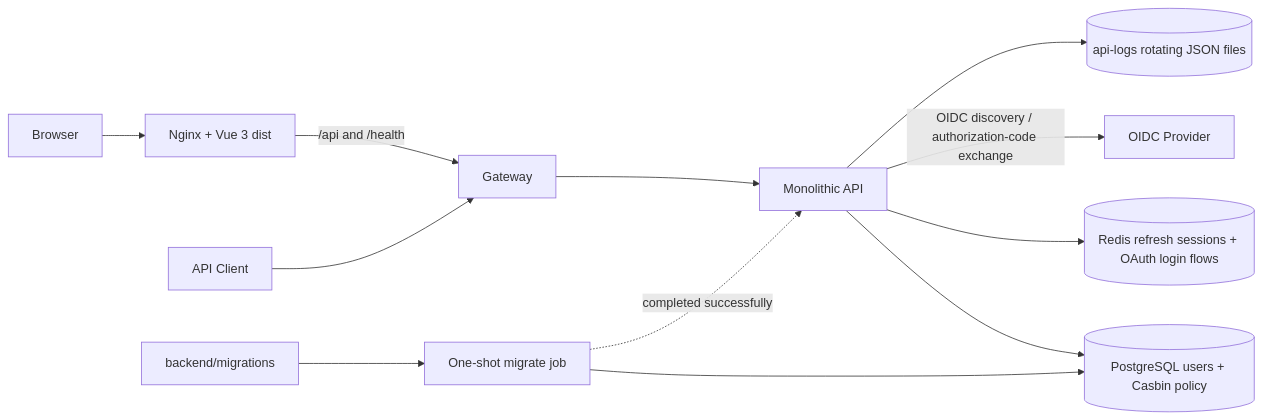
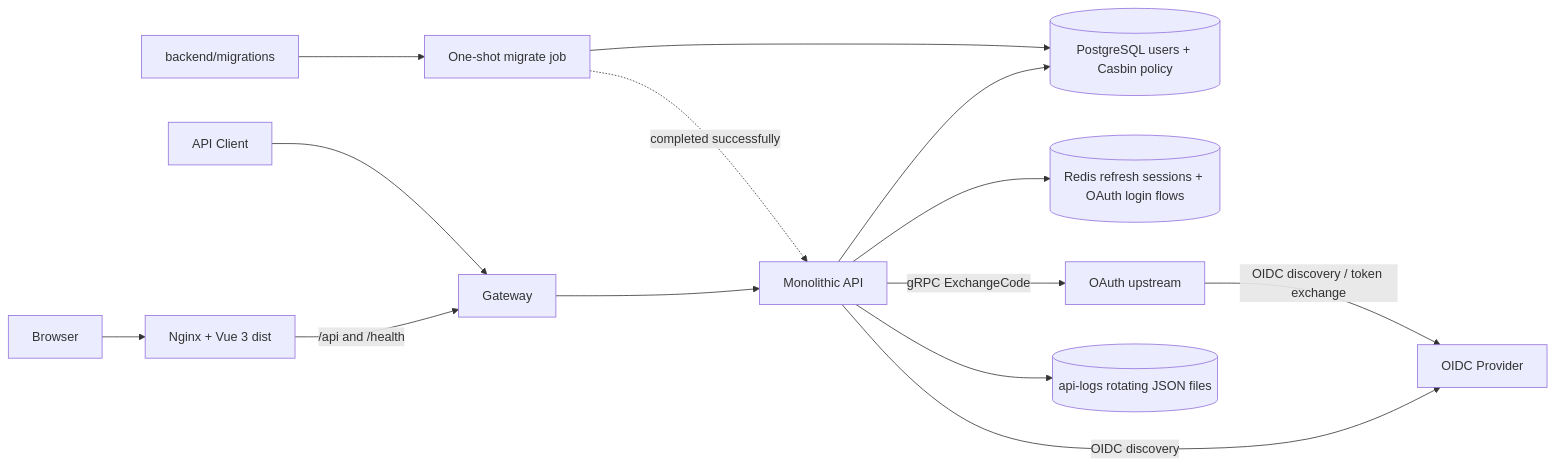
The first of 4 diagrams in ARCHITECTURE.md (DWHuang99/erent), drawn with Mermaid before and after one commit. The commit also changed other lines of this file and 38 other files, not shown here.

Commit message:
feat: route OAuth token exchange through upstream gRPC service

````diff
--- a/ARCHITECTURE.md
+++ b/ARCHITECTURE.md
@@ -7,14 +7,16 @@
 ```mermaid
 flowchart LR
     Browser[Browser] --> Web[Nginx + Vue 3 dist]
     Web -->|/api and /health| Gateway[Gateway]
     Client[API Client] --> Gateway
     Gateway --> API[Monolithic API]
     API --> PostgreSQL[(PostgreSQL users + Casbin policy)]
     API --> Redis[(Redis refresh sessions + OAuth login flows)]
-    API -->|OIDC discovery / authorization-code exchange| OIDC[OIDC Provider]
+    API -->|OIDC discovery| OIDC[OIDC Provider]
+    API -->|gRPC ExchangeCode| Upstream[OAuth upstream]
+    Upstream -->|OIDC discovery / token exchange| OIDC
     API --> Logs[(api-logs rotating JSON files)]
     Migrations[backend/migrations] --> Migrator[One-shot migrate job]
     Migrator --> PostgreSQL
     Migrator -. completed successfully .-> API
 ```
````
